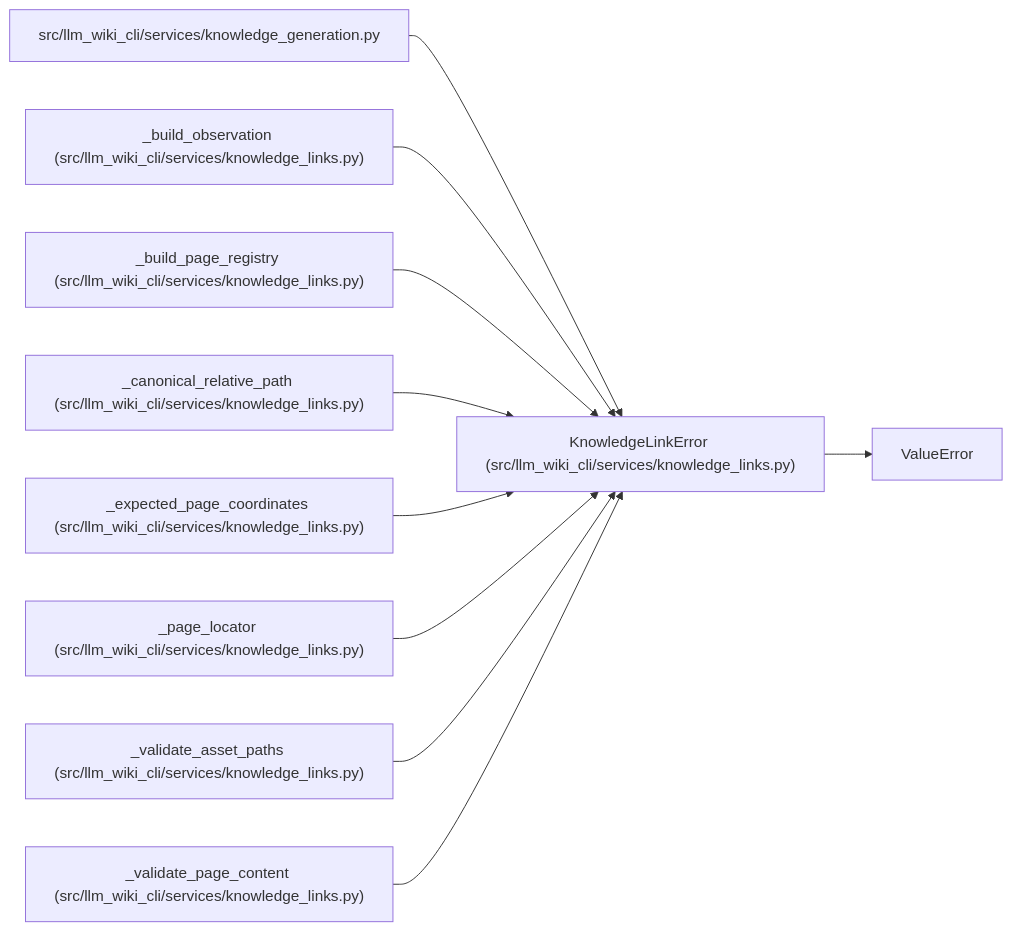
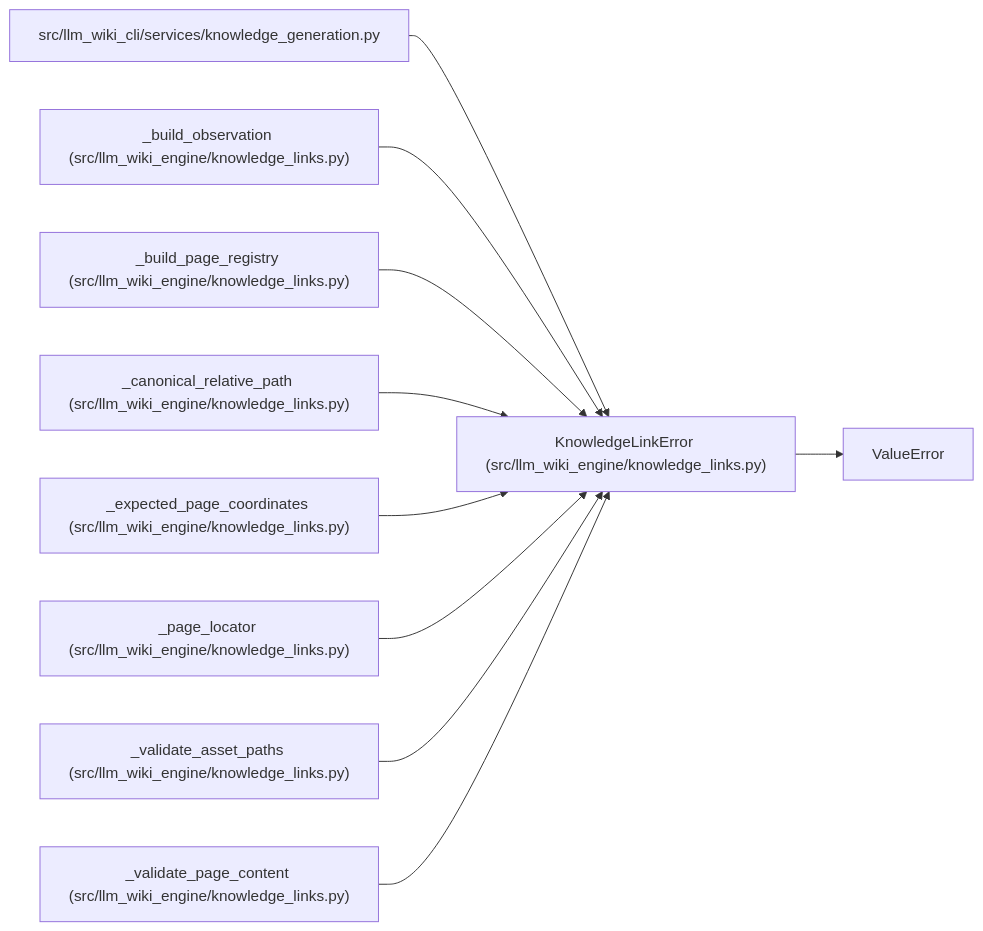
One commit to Denissvgn/python-wiki-llm changed the diagram in docs/llm_wiki/entities/KnowledgeLinkError.md. Above: the diagram before and after it, drawn with Mermaid. The commit also changed other lines of this file and 1058 other files, not shown here.

First line of the commit message:
docs: refresh the wiki for the knowledge store move

````diff
--- a/docs/llm_wiki/entities/KnowledgeLinkError.md
+++ b/docs/llm_wiki/entities/KnowledgeLinkError.md
@@ -25,31 +25,31 @@
 ```mermaid
 flowchart LR
-    n0["KnowledgeLinkError (src/llm_wiki_cli/services/knowledge_links.py)"]
+    n0["KnowledgeLinkError (src/llm_wiki_engine/knowledge_links.py)"]
     n1["ValueError"]
     n2["src/llm_wiki_cli/services/knowledge_generation.py"]
-    n3["_build_observation (src/llm_wiki_cli/services/knowledge_links.py)"]
-    n4["_build_page_registry (src/llm_wiki_cli/services/knowledge_links.py)"]
-    n5["_canonical_relative_path (src/llm_wiki_cli/services/knowledge_links.py)"]
-    n6["_expected_page_coordinates (src/llm_wiki_cli/services/knowledge_links.py)"]
-    n7["_page_locator (src/llm_wiki_cli/services/knowledge_links.py)"]
-    n8["_validate_asset_paths (src/llm_wiki_cli/services/knowledge_links.py)"]
-    n9["_validate_page_content (src/llm_wiki_cli/services/knowledge_links.py)"]
+    n3["_build_observation (src/llm_wiki_engine/knowledge_links.py)"]
+    n4["_build_page_registry (src/llm_wiki_engine/knowledge_links.py)"]
+    n5["_canonical_relative_path (src/llm_wiki_engine/knowledge_links.py)"]
+    n6["_expected_page_coordinates (src/llm_wiki_engine/knowledge_links.py)"]
+    n7["_page_locator (src/llm_wiki_engine/knowledge_links.py)"]
+    n8["_validate_asset_paths (src/llm_wiki_engine/knowledge_links.py)"]
+    n9["_validate_page_content (src/llm_wiki_engine/knowledge_links.py)"]
     n0 --> n1
     n2 --> n0
     n3 --> n0
     n4 --> n0
     n5 --> n0
     n6 --> n0
     n7 --> n0
     n8 --> n0
     n9 --> n0
     click n0 "../modules/knowledge_links.md"
     click n2 "../modules/knowledge_generation.md"
     click n3 "../modules/knowledge_links.md"
     click n4 "../modules/knowledge_links.md"
     click n5 "../modules/knowledge_links.md"
     click n6 "../modules/knowledge_links.md"
     click n7 "../modules/knowledge_links.md"
     click n8 "../modules/knowledge_links.md"
     click n9 "../modules/knowledge_links.md"
 ```
````
